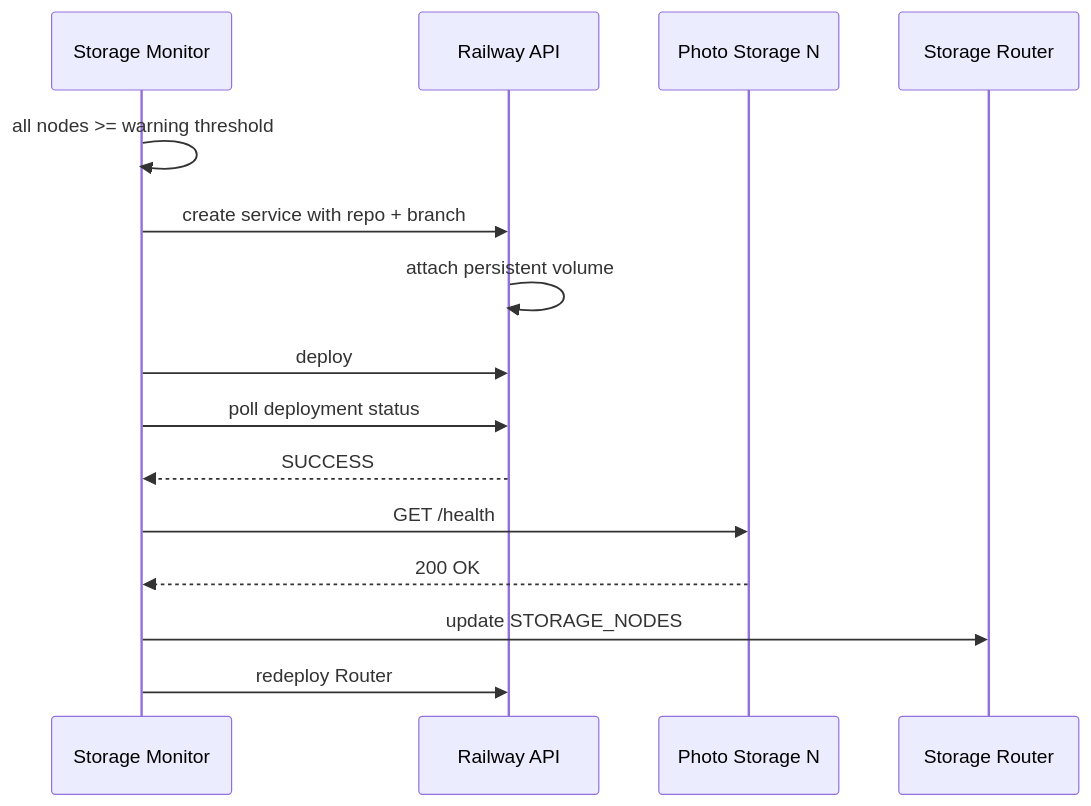
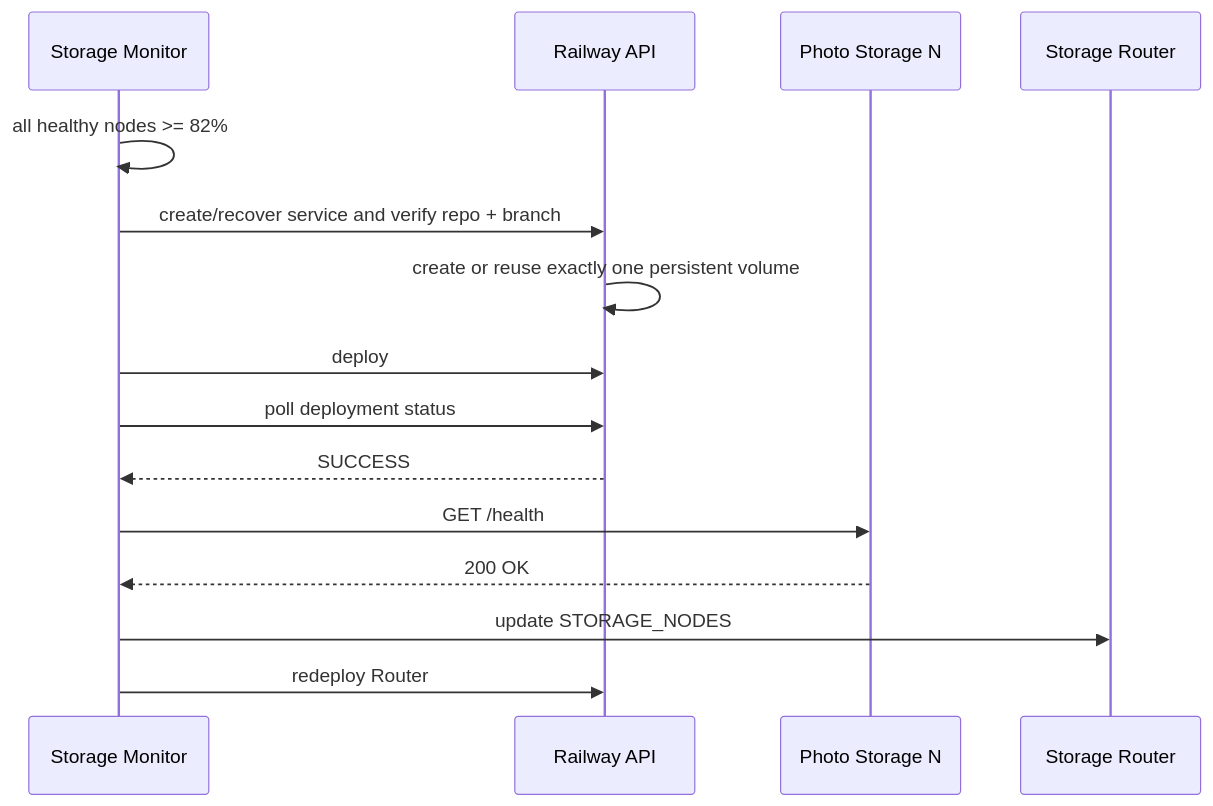
The second of 6 diagrams in RAILWAY_REMOTE_STORAGE.en.md (bowardzhang/immich), drawn with Mermaid before and after one commit. The commit also changed other lines of this file, not shown here.

Commit message:
docs: sync English Railway guide with current architecture

````diff
--- a/RAILWAY_REMOTE_STORAGE.en.md
+++ b/RAILWAY_REMOTE_STORAGE.en.md
@@ -59,18 +59,18 @@
 ```mermaid
 sequenceDiagram
     participant Monitor as Storage Monitor
     participant Railway as Railway API
     participant Node as Photo Storage N
     participant Router as Storage Router
 
-    Monitor->>Monitor: all nodes >= warning threshold
-    Monitor->>Railway: create service with repo + branch
-    Railway->>Railway: attach persistent volume
+    Monitor->>Monitor: all healthy nodes >= 82%
+    Monitor->>Railway: create/recover service and verify repo + branch
+    Railway->>Railway: create or reuse exactly one persistent volume
     Monitor->>Railway: deploy
     Monitor->>Railway: poll deployment status
     Railway-->>Monitor: SUCCESS
     Monitor->>Node: GET /health
     Node-->>Monitor: 200 OK
     Monitor->>Router: update STORAGE_NODES
     Monitor->>Railway: redeploy Router
 ```
````
